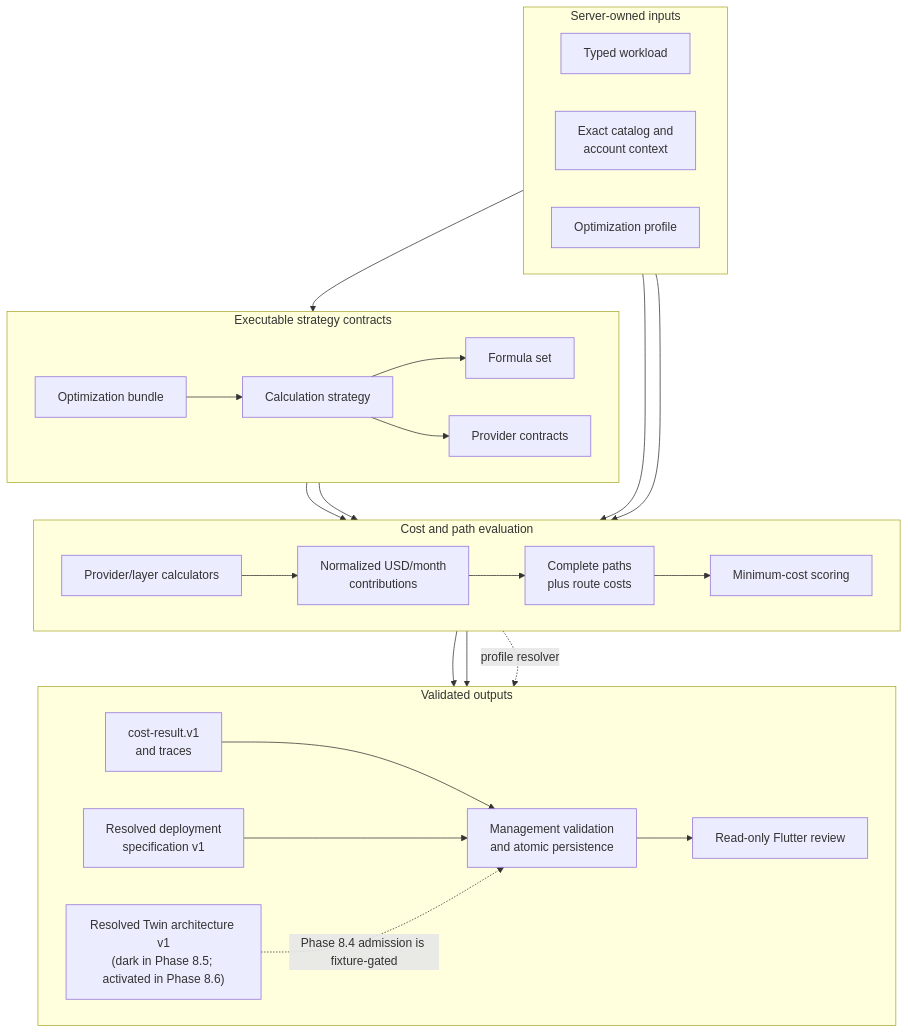
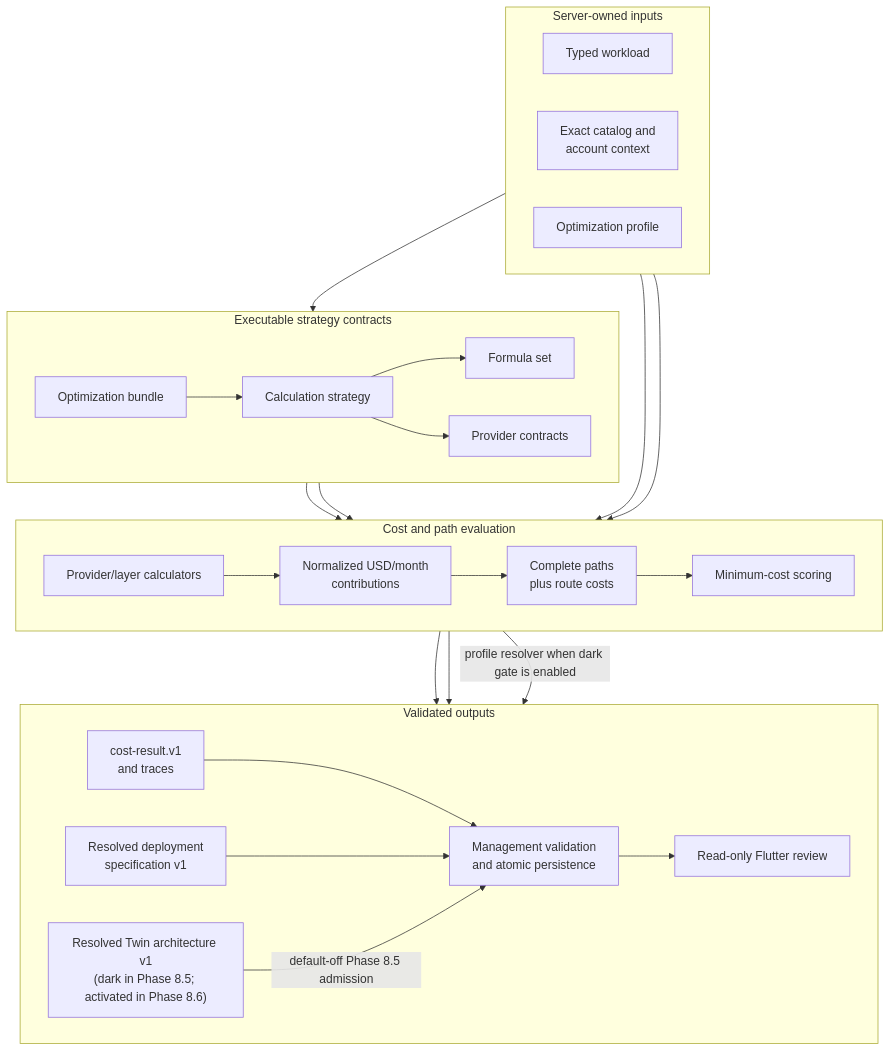
Before and after one commit to TVJunkie724/master-thesis: the third of 4 diagrams in docs-site/docs/contracts-and-data-flow/pricing-optimization.md, drawn with Mermaid. The commit also changed other lines of this file and 5 other files, not shown here.

First line of the commit message:
docs(phase-8): document dark architecture resolution

````diff
--- a/docs-site/docs/contracts-and-data-flow/pricing-optimization.md
+++ b/docs-site/docs/contracts-and-data-flow/pricing-optimization.md
@@ -54,43 +54,43 @@
 ```mermaid
 flowchart TD
     subgraph Inputs["Server-owned inputs"]
         direction LR
         Workload["Typed workload"]
         Context["Exact catalog and<br/>account context"]
         Profile["Optimization profile"]
     end
 
     subgraph Contracts["Executable strategy contracts"]
         direction LR
         Bundle["Optimization bundle"] --> Strategy["Calculation strategy"]
         Strategy --> FormulaSet["Formula set"]
         Strategy --> ProviderContracts["Provider contracts"]
     end
 
     subgraph Evaluation["Cost and path evaluation"]
         direction LR
         Calculators["Provider/layer calculators"] --> Contributions["Normalized USD/month<br/>contributions"]
         Contributions --> Paths["Complete paths<br/>plus route costs"] --> Scoring["Minimum-cost scoring"]
     end
 
     subgraph Outputs["Validated outputs"]
         direction LR
         Result["cost-result.v1<br/>and traces"]
         Specification["Resolved deployment<br/>specification v1"]
         Architecture["Resolved Twin architecture v1<br/>(dark in Phase 8.5; activated in Phase 8.6)"]
         Management["Management validation<br/>and atomic persistence"]
         Flutter["Read-only Flutter review"]
     end
 
     Profile --> Bundle
     Workload --> Calculators
     Context --> Calculators
     FormulaSet --> Calculators
     ProviderContracts --> Calculators
     Scoring --> Result
     Scoring --> Specification
-    Scoring -. "profile resolver" .-> Architecture
+    Scoring -->|"profile resolver when dark gate is enabled"| Architecture
     Result --> Management
     Specification --> Management --> Flutter
-    Architecture -. "Phase 8.4 admission is fixture-gated" .-> Management
+    Architecture -->|"default-off Phase 8.5 admission"| Management
 ```
````
